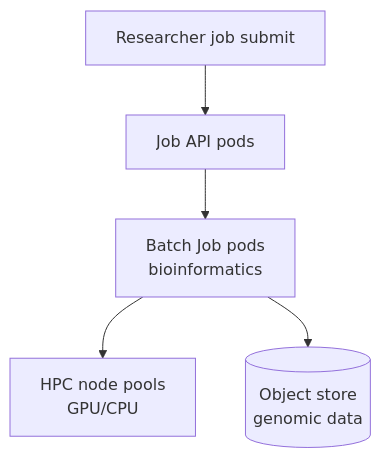
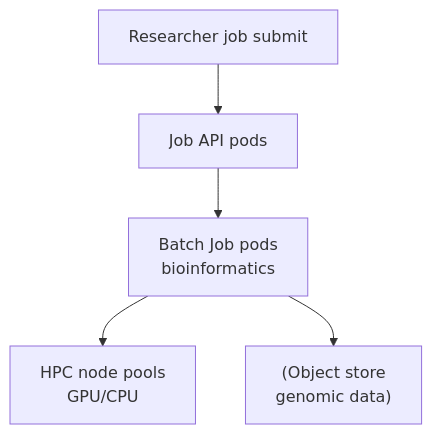
One commit to WhoisMonesh/K8S-Everything changed the diagram in 17-company-cases/roche.md. Above: the diagram before and after it, drawn with Mermaid. The commit also changed 62 other files, not shown here.

First line of the commit message:
Fix all Mermaid diagrams for GitHub compatibility

````diff
--- a/17-company-cases/roche.md
+++ b/17-company-cases/roche.md
@@ -24,7 +24,7 @@
 ```mermaid
 graph TD
     Sci[Researcher job submit] --> API[Job API pods]
     API --> Batch[Batch Job pods<br/>bioinformatics]
     Batch --> HPC[HPC node pools<br/>GPU/CPU]
-    Batch --> Store[(Object store<br/>genomic data)]
+    Batch --> Store["(Object store<br/>genomic data)"]
 ```
````
